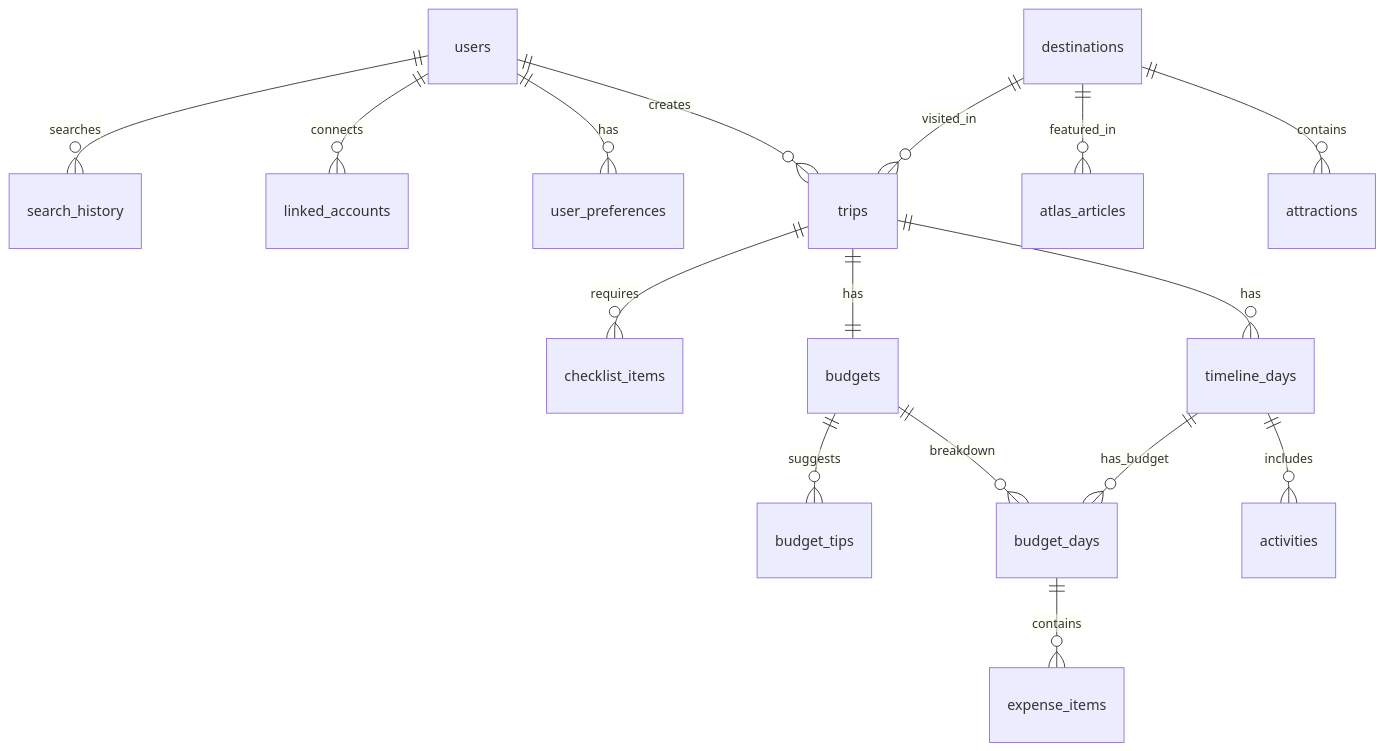
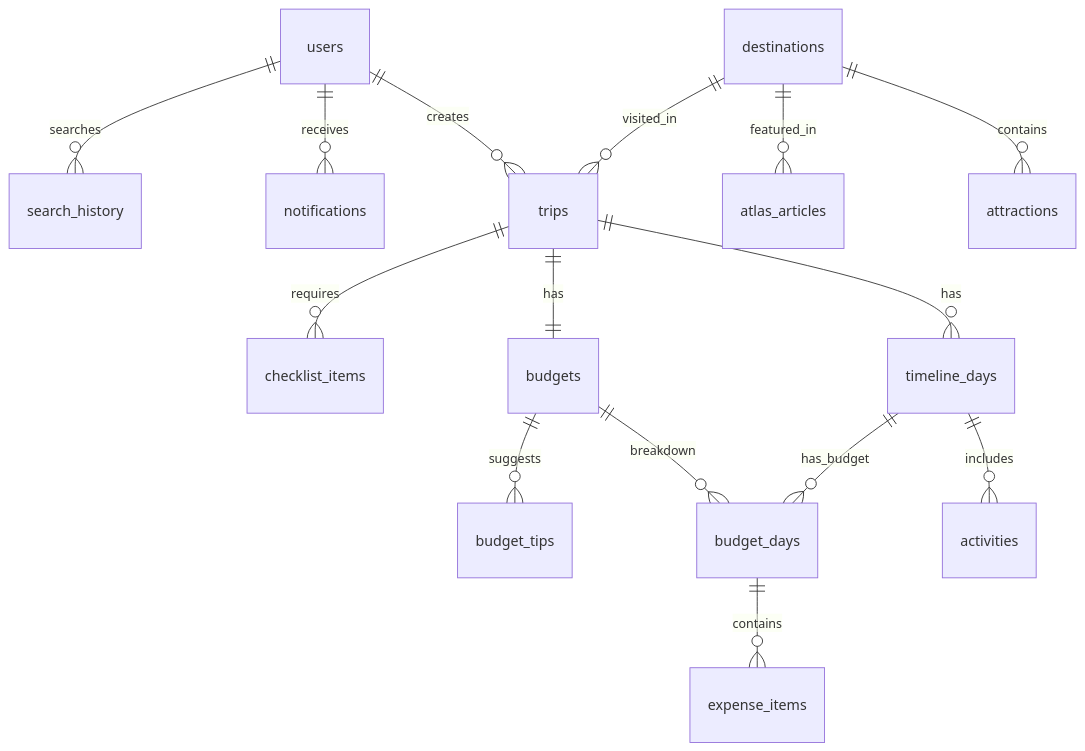
The third of 3 diagrams in README.md (Swapnil-Pramanik/Itinera-2), drawn with Mermaid before and after one commit. The commit also changed other lines of this file and 12 other files, not shown here.

````diff
--- a/README.md
+++ b/README.md
@@ -105,23 +117,22 @@
 ```mermaid
 erDiagram
     users ||--o{ trips : creates
-    users ||--o{ user_preferences : has
-    users ||--o{ linked_accounts : connects
+    users ||--o{ notifications : receives
     users ||--o{ search_history : searches
     
     destinations ||--o{ attractions : contains
     destinations ||--o{ atlas_articles : featured_in
     destinations ||--o{ trips : visited_in
     
     trips ||--o{ timeline_days : has
     trips ||--|| budgets : has
     trips ||--o{ checklist_items : requires
     
     timeline_days ||--o{ activities : includes
     timeline_days ||--o{ budget_days : has_budget
     
     budgets ||--o{ budget_days : breakdown
     budgets ||--o{ budget_tips : suggests
     
     budget_days ||--o{ expense_items : contains
 ```
````
